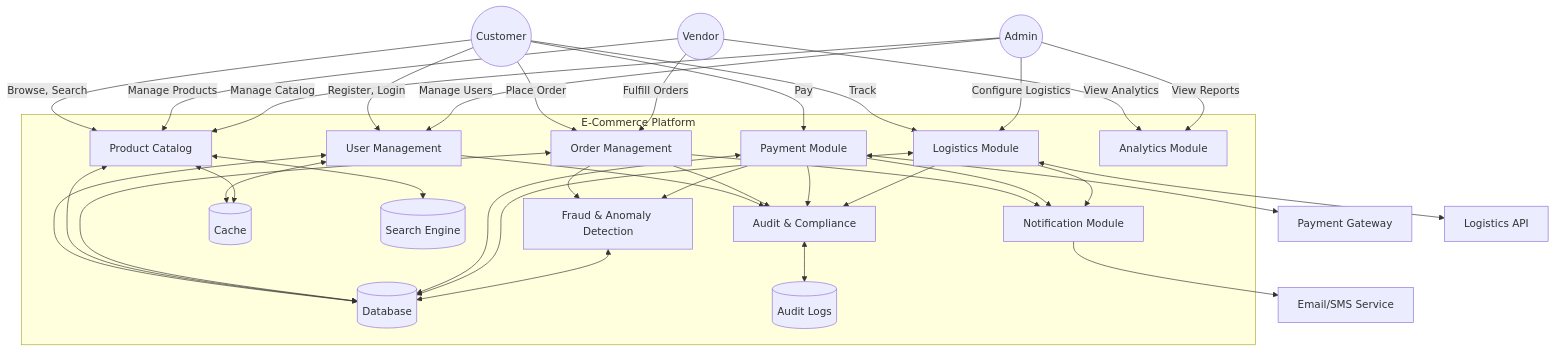
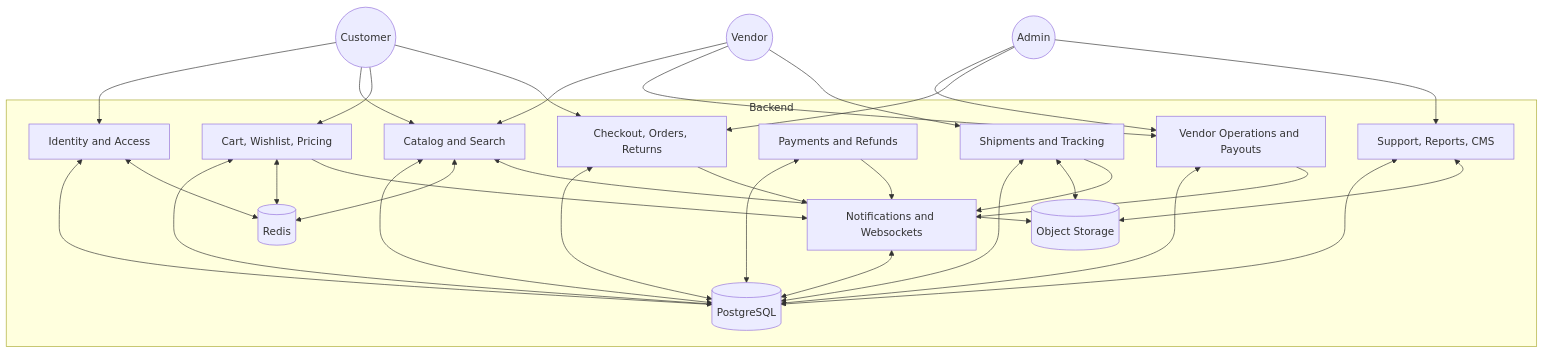
The second of 5 diagrams in E-Commerce/high-level-design/data-flow-diagrams.md (0Ankit0/Project-Ideas), drawn with Mermaid before and after one commit. The commit also changed other lines of this file and 64 other files, not shown here.

First line of the commit message:
Enhance documentation and requirements for E-Commerce platform

````diff
--- a/E-Commerce/high-level-design/data-flow-diagrams.md
+++ b/E-Commerce/high-level-design/data-flow-diagrams.md
@@ -42,68 +41,59 @@
 ```mermaid
 flowchart TB
     Customer((Customer))
     Vendor((Vendor))
     Admin((Admin))
-    
-    subgraph "E-Commerce Platform"
-        UM[User Management]
-        PC[Product Catalog]
-        OM[Order Management]
-        PM[Payment Module]
-        LM[Logistics Module]
-        NM[Notification Module]
-        AM[Analytics Module]
-        FAD[Fraud & Anomaly Detection]
-        AUD[Audit & Compliance]
-        
-        DB[(Database)]
-        Cache[(Cache)]
-        Search[(Search Engine)]
-        AuditLog[(Audit Logs)]
+
+    subgraph "Backend"
+        IAM[Identity and Access]
+        Catalog[Catalog and Search]
+        Commerce[Cart, Wishlist, Pricing]
+        Orders[Checkout, Orders, Returns]
+        Payments[Payments and Refunds]
+        Logistics[Shipments and Tracking]
+        Vendors[Vendor Operations and Payouts]
+        Support[Support, Reports, CMS]
+        Notify[Notifications and Websockets]
+
+        DB[(PostgreSQL)]
+        Cache[(Redis)]
+        Storage[(Object Storage)]
     end
-    
-    PaymentGW[Payment Gateway]
-    LogisticsAPI[Logistics API]
-    EmailSMS[Email/SMS Service]
-    
-    Customer -->|Register, Login| UM
-    Customer -->|Browse, Search| PC
-    Customer -->|Place Order| OM
-    Customer -->|Pay| PM
-    Customer -->|Track| LM
-    
-    Vendor -->|Manage Products| PC
-    Vendor -->|Fulfill Orders| OM
-    Vendor -->|View Analytics| AM
-    
-    Admin -->|Manage Users| UM
-    Admin -->|Manage Catalog| PC
-    Admin -->|View Reports| AM
-    Admin -->|Configure Logistics| LM
-    
-    PC <--> Search
-    UM <--> DB
-    PC <--> DB
-    OM <--> DB
-    PM <--> DB
-    LM <--> DB
-    FAD <--> DB
-    AUD <--> AuditLog
-    
-    UM <--> Cache
-    PC <--> Cache
-    
-    PM <--> PaymentGW
-    LM <--> LogisticsAPI
-    NM --> EmailSMS
-    
-    OM --> NM
-    PM --> NM
-    LM --> NM
-    OM --> FAD
-    PM --> FAD
-    UM --> AUD
-    OM --> AUD
-    PM --> AUD
-    LM --> AUD
+
+    Customer --> IAM
+    Customer --> Catalog
+    Customer --> Commerce
+    Customer --> Orders
+
+    Vendor --> Catalog
+    Vendor --> Vendors
+    Vendor --> Logistics
+
+    Admin --> Vendors
+    Admin --> Orders
+    Admin --> Support
+
+    IAM <--> DB
+    Catalog <--> DB
+    Commerce <--> DB
+    Orders <--> DB
+    Payments <--> DB
+    Logistics <--> DB
+    Vendors <--> DB
+    Support <--> DB
+    Notify <--> DB
+
+    Commerce <--> Cache
+    Catalog <--> Cache
+    IAM <--> Cache
+
+    Catalog <--> Storage
+    Logistics <--> Storage
+    Support <--> Storage
+
+    Orders --> Notify
+    Payments --> Notify
+    Logistics --> Notify
+    Vendors --> Notify
+    Commerce --> Notify
 ```
````
